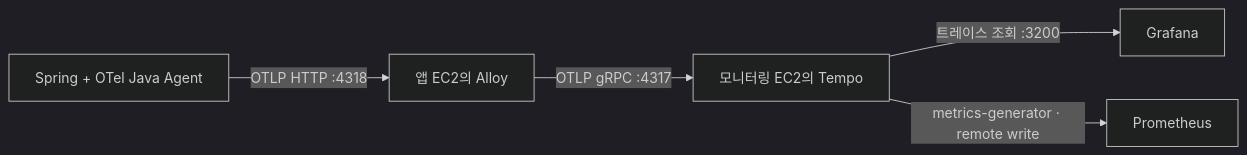
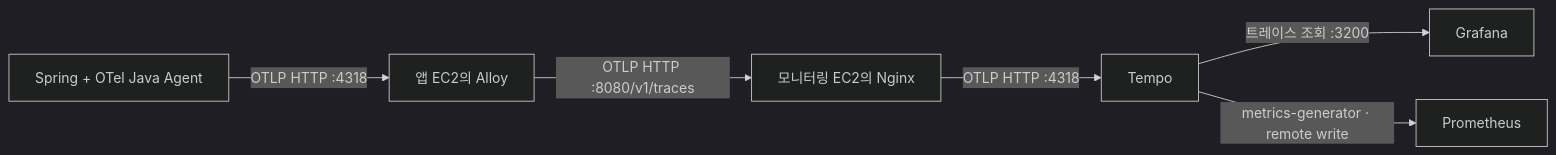
Before and after one commit to woowacourse-teams/2026-jarihana: the diagram in infra/docs/observability/TRACING.md, drawn with Mermaid (dark theme). The commit also changed other lines of this file and 17 other files, not shown here.

````diff
--- a/infra/docs/observability/TRACING.md
+++ b/infra/docs/observability/TRACING.md
@@ -10,7 +10,8 @@
 ```mermaid
 flowchart LR
   APP["Spring + OTel Java Agent"] -->|"OTLP HTTP :4318"| ALLOY["앱 EC2의 Alloy"]
-  ALLOY -->|"OTLP gRPC :4317"| TEMPO["모니터링 EC2의 Tempo"]
+  ALLOY -->|"OTLP HTTP :8080/v1/traces"| NGINX["모니터링 EC2의 Nginx"]
+  NGINX -->|"OTLP HTTP :4318"| TEMPO["Tempo"]
   TEMPO -->|"트레이스 조회 :3200"| GRAFANA["Grafana"]
   TEMPO -->|"metrics-generator · remote write"| PROM["Prometheus"]
 ```
````
